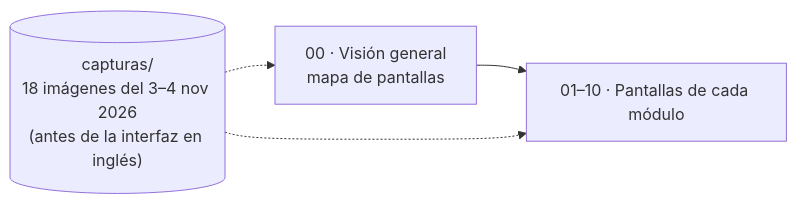
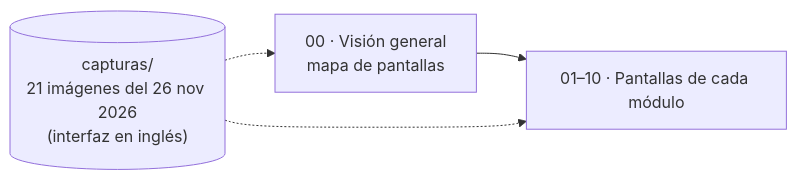
One commit to PabloP150/proyecto-is-cc6 changed the diagram in documentacion/05-interfaz/README.md. Above: the diagram before and after it, drawn with Mermaid. The commit also changed other lines of this file and 33 other files, not shown here.

````diff
--- a/documentacion/05-interfaz/README.md
+++ b/documentacion/05-interfaz/README.md
@@ -5,6 +5,6 @@
 ```mermaid
 flowchart LR
     G["00 · Visión general<br/>mapa de pantallas"] --> M["01–10 · Pantallas de cada módulo"]
-    C[("capturas/<br/>18 imágenes del 3–4 nov 2026<br/>(antes de la interfaz en inglés)")] -.-> G
+    C[("capturas/<br/>21 imágenes del 26 nov 2026<br/>(interfaz en inglés)")] -.-> G
     C -.-> M
 ```
````
